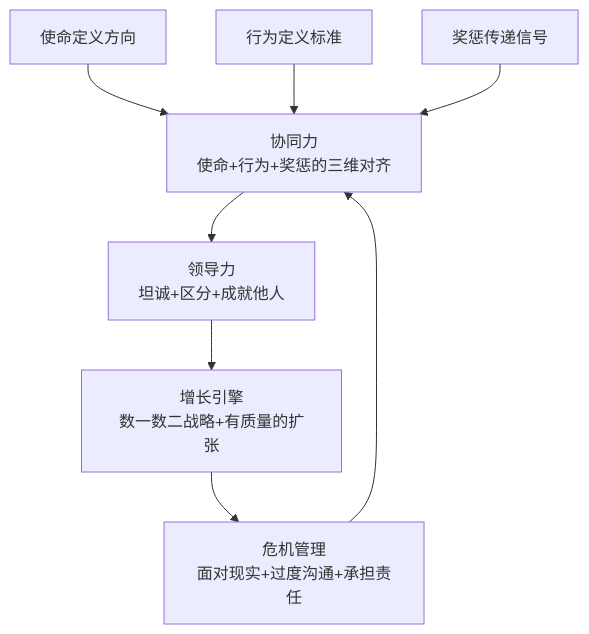
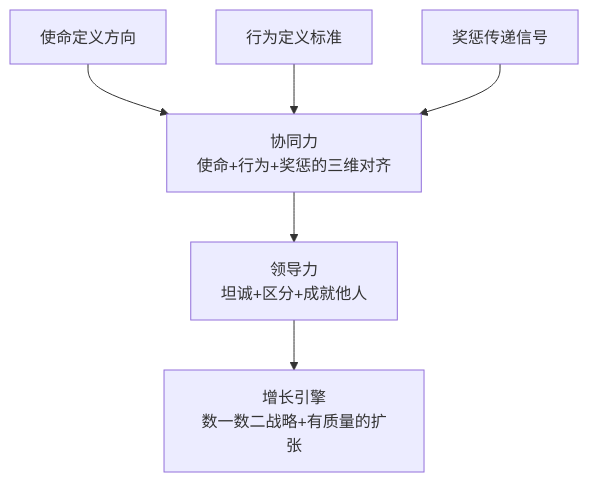
The diagram in 知识库/商业类/《商业的本质》 - 杰克·韦尔奇.md (xdawayer/obsidian), drawn with Mermaid before and after one commit. The commit also changed other lines of this file and 42 other files, not shown here.

````diff
--- a/知识库/商业类/《商业的本质》 - 杰克·韦尔奇.md
+++ b/知识库/商业类/《商业的本质》 - 杰克·韦尔奇.md
@@ -45,11 +45,8 @@
 ```mermaid
 graph TD
     A[协同力<br/>使命+行为+奖惩的三维对齐] --> B[领导力<br/>坦诚+区分+成就他人]
     B --> C[增长引擎<br/>数一数二战略+有质量的扩张]
-    C --> D[危机管理<br/>面对现实+过度沟通+承担责任]
-    D --> A
-
     A1[使命定义方向] --> A
     A2[行为定义标准] --> A
     A3[奖惩传递信号] --> A
 ```
````
